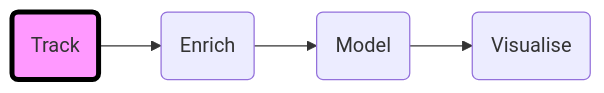
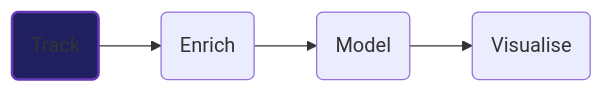
The diagram in content/tracking/_index.md (snowplow/advanced-analytics-web-accelerator), drawn with Mermaid before and after one commit. The commit also changed other lines of this file and 9 other files, not shown here.

```diff
--- a/content/tracking/_index.md
+++ b/content/tracking/_index.md
@@ -13,5 +13,5 @@
 {{<mermaid>}}
 flowchart LR
     id1(Track)-->id2(Enrich)-->id3(Model)-->id4(Visualise)
-    style id1 fill:#f9f,stroke:#000,stroke-width:4px
+    style id1 primaryTextColor: #fff, fill:#202060,stroke:#6638b8,stroke-width:2px
 {{</mermaid >}}
```
